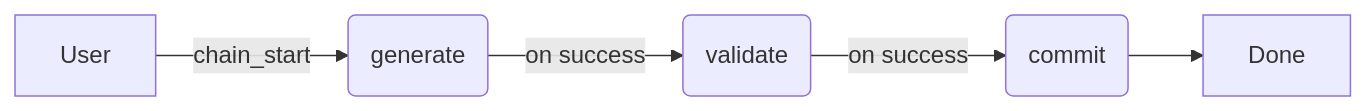
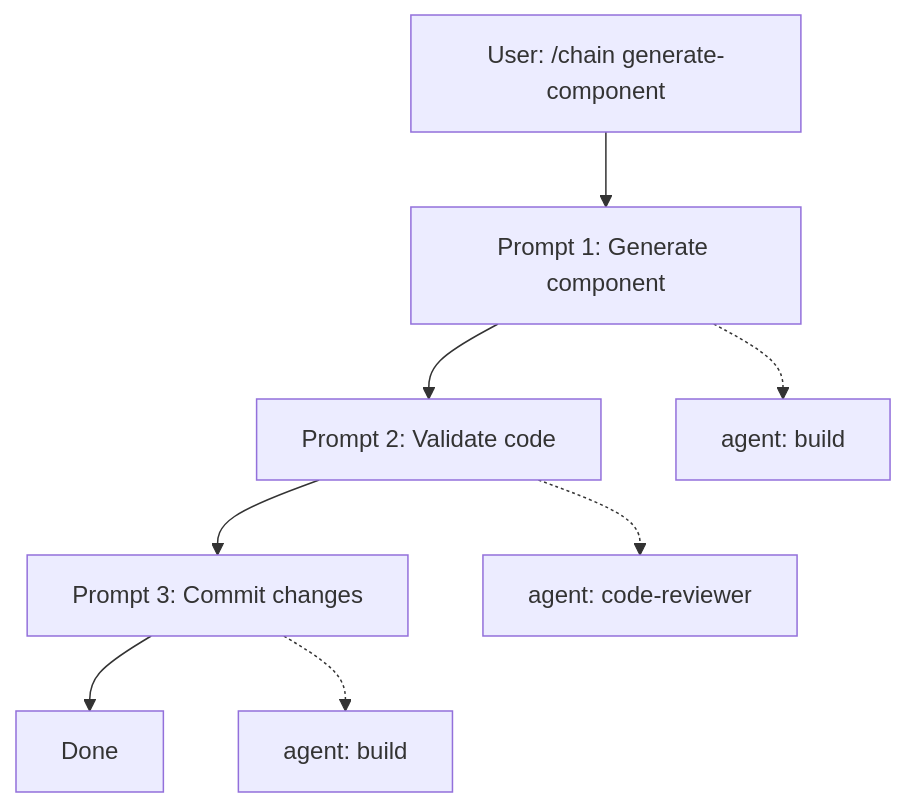
One commit to ganimalqudhaifi/opencode-chain-prompt changed the diagram in README.md. Above: the diagram before and after it, drawn with Mermaid.

Commit message:
fix: restore descriptive step names in Mermaid diagram

````diff
--- a/README.md
+++ b/README.md
@@ -5,7 +5,11 @@
 ```mermaid
-graph LR;
-    A[User] -->|chain_start| B(generate);
-    B -->|on success| C(validate);
-    C -->|on success| D(commit);
+graph TD;
+    A[User: /chain generate-component] --> B[Prompt 1: Generate component];
+    B --> C[Prompt 2: Validate code];
+    C --> D[Prompt 3: Commit changes];
     D --> E[Done];
+
+    B -.-> F[agent: build];
+    C -.-> G[agent: code-reviewer];
+    D -.-> H[agent: build];
 ```
````
